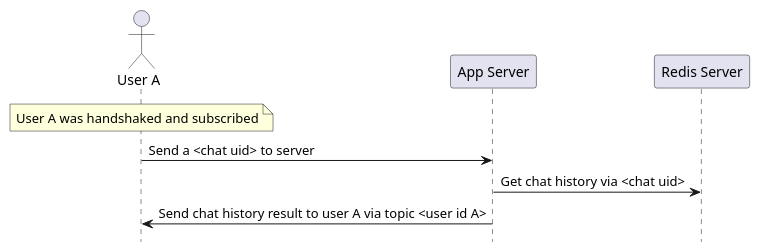
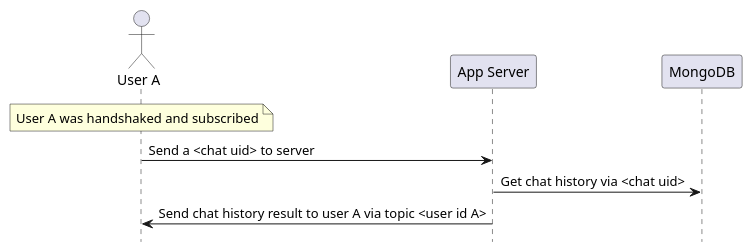
One commit to truongnh28/pchat changed the diagram in docs/Chat-history.puml. Above: the diagram before and after it, drawn with PlantUML. The commit also changed 40 other files, not shown here.

```diff
--- a/docs/Chat-history.puml
+++ b/docs/Chat-history.puml
@@ -1,11 +1,11 @@
 @startuml
 hide footbox
 
 actor "User A"
 
 note over "User A": User A was handshaked and subscribed
 "User A" -> "App Server": Send a <chat uid> to server
-"App Server" -> "Redis Server": Get chat history via <chat uid>
+"App Server" -> "MongoDB": Get chat history via <chat uid>
 "App Server" -> "User A": Send chat history result to user A via topic <user id A>
 
 @enduml
```
